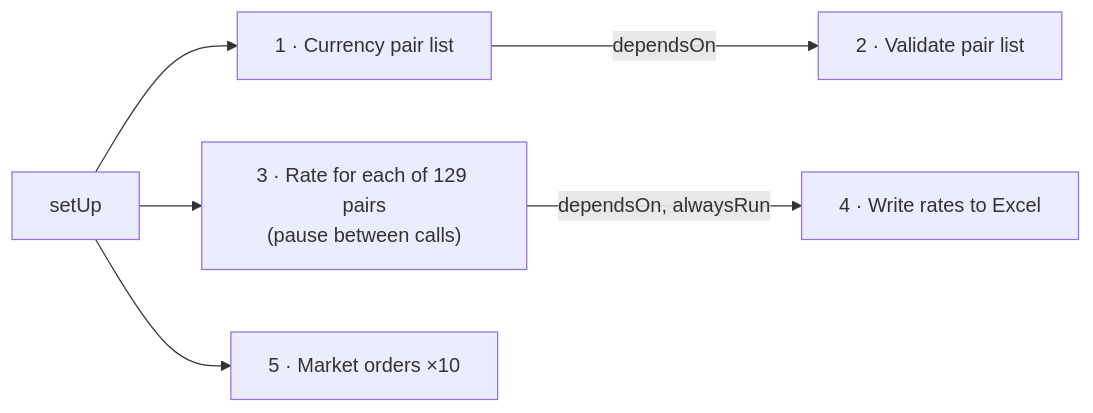
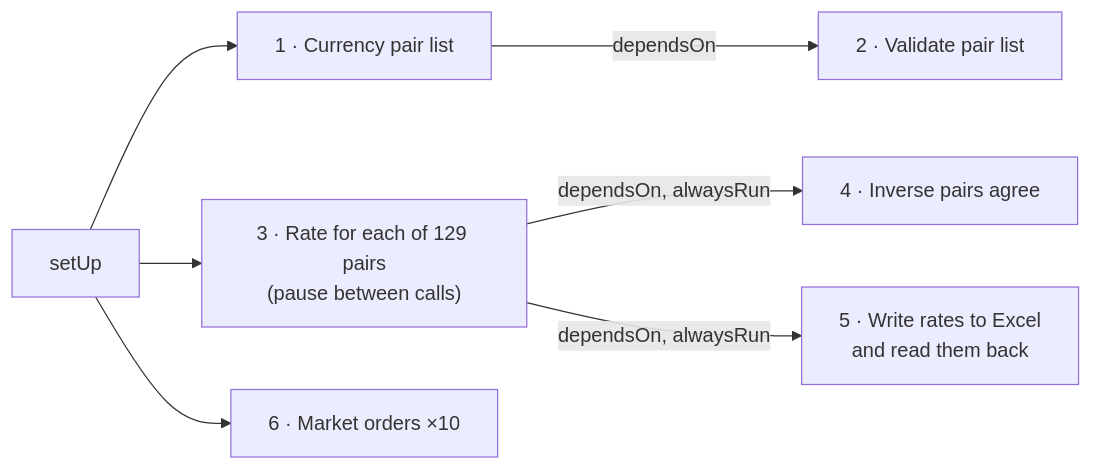
One commit to dipak-nehe/SwedeBank changed the second of 2 diagrams in README.md. Above: the diagram before and after it, drawn with Mermaid. The commit also changed other lines of this file and 2 other files, not shown here.

````diff
--- a/README.md
+++ b/README.md
@@ -72,8 +78,9 @@
 ```mermaid
 flowchart LR
     A["setUp"] --> B["1 · Currency pair list"]
     B -->|dependsOn| C["2 · Validate pair list"]
     A --> D["3 · Rate for each of 129 pairs<br/>(pause between calls)"]
-    D -->|"dependsOn, alwaysRun"| E["4 · Write rates to Excel"]
-    A --> F["5 · Market orders ×10"]
+    D -->|"dependsOn, alwaysRun"| G["4 · Inverse pairs agree"]
+    D -->|"dependsOn, alwaysRun"| E["5 · Write rates to Excel<br/>and read them back"]
+    A --> F["6 · Market orders ×10"]
 ```
````
